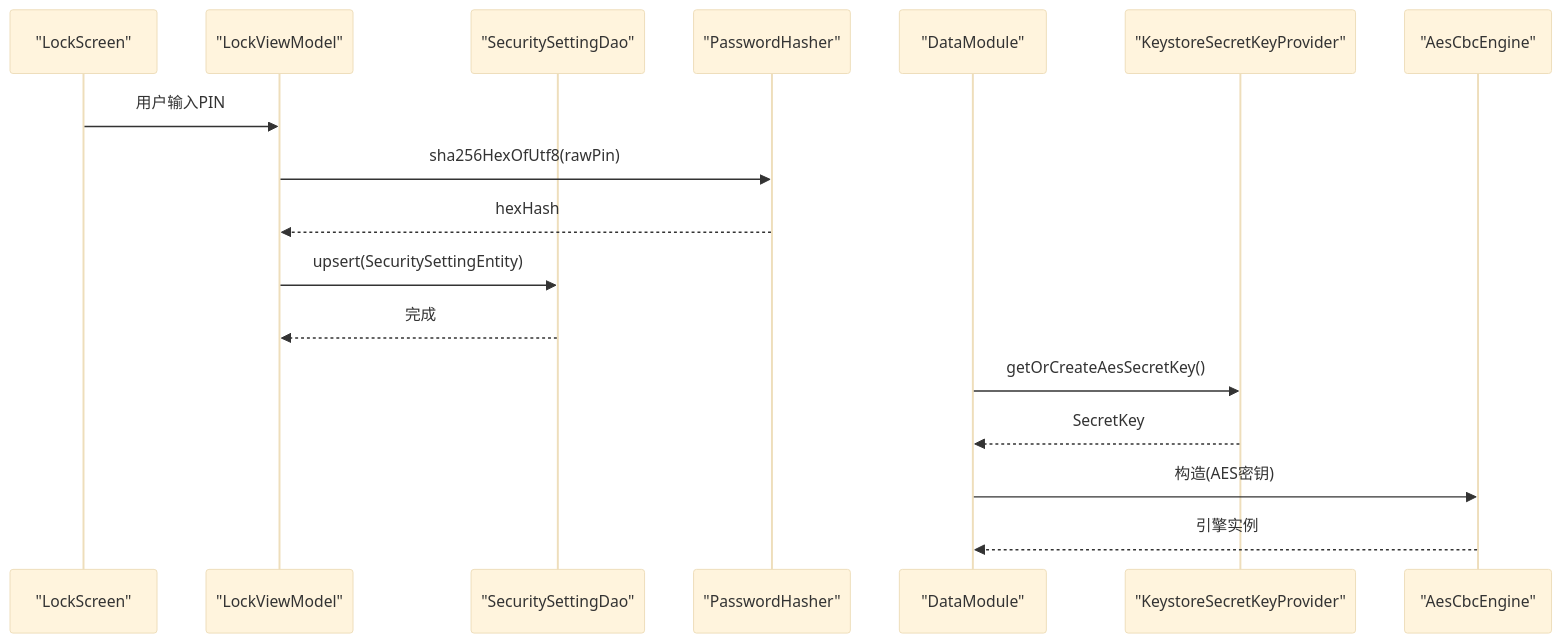
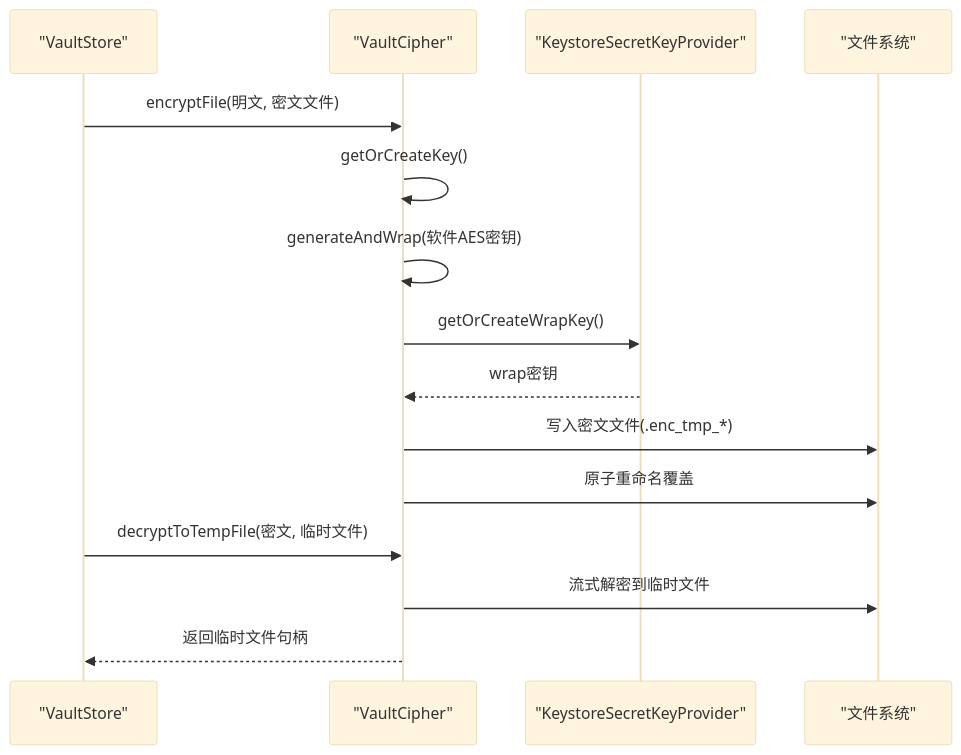
The second of 4 diagrams in .qoder/repowiki/zh/content/核心功能模块/加密存储系统/加密存储系统.md (wanhongbo/ai-photo-vault), drawn with Mermaid (base theme) before and after one commit. The commit also changed other lines of this file and 22 other files, not shown here.

````diff
--- a/.qoder/repowiki/zh/content/核心功能模块/加密存储系统/加密存储系统.md
+++ b/.qoder/repowiki/zh/content/核心功能模块/加密存储系统/加密存储系统.md
@@ -106,19 +135,17 @@
 ```mermaid
 sequenceDiagram
-participant UI as "LockScreen"
-participant VM as "LockViewModel"
-participant DB as "SecuritySettingDao"
-participant PH as "PasswordHasher"
-participant DI as "DataModule"
+participant UI as "VaultStore"
+participant VC as "VaultCipher"
 participant KSK as "KeystoreSecretKeyProvider"
-participant AES as "AesCbcEngine"
-UI->>VM : 用户输入PIN
-VM->>PH : sha256HexOfUtf8(rawPin)
-PH-->>VM : hexHash
-VM->>DB : upsert(SecuritySettingEntity)
-DB-->>VM : 完成
-DI->>KSK : getOrCreateAesSecretKey()
-KSK-->>DI : SecretKey
-DI->>AES : 构造(AES密钥)
-AES-->>DI : 引擎实例
+participant FS as "文件系统"
+UI->>VC : encryptFile(明文, 密文文件)
+VC->>VC : getOrCreateKey()
+VC->>VC : generateAndWrap(软件AES密钥)
+VC->>KSK : getOrCreateWrapKey()
+KSK-->>VC : wrap密钥
+VC->>FS : 写入密文文件(.enc_tmp_*)
+VC->>FS : 原子重命名覆盖
+UI->>VC : decryptToTempFile(密文, 临时文件)
+VC->>FS : 流式解密到临时文件
+VC-->>UI : 返回临时文件句柄
 ```
````
